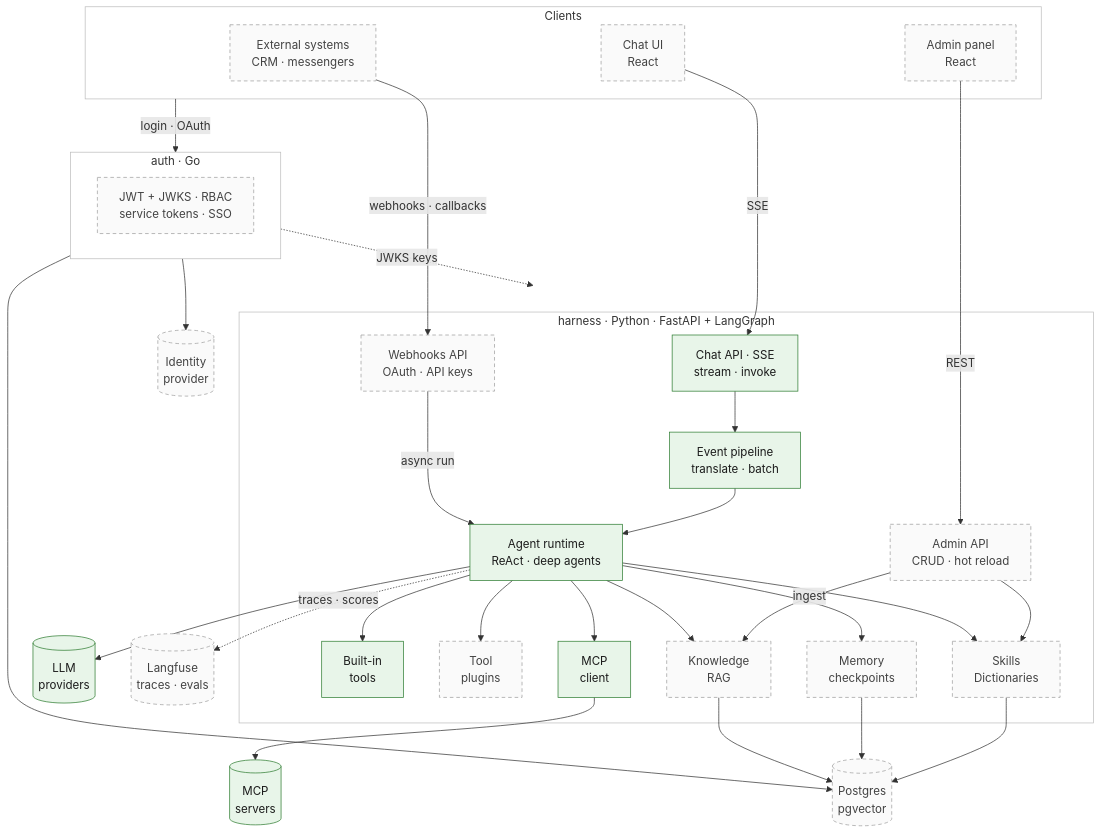
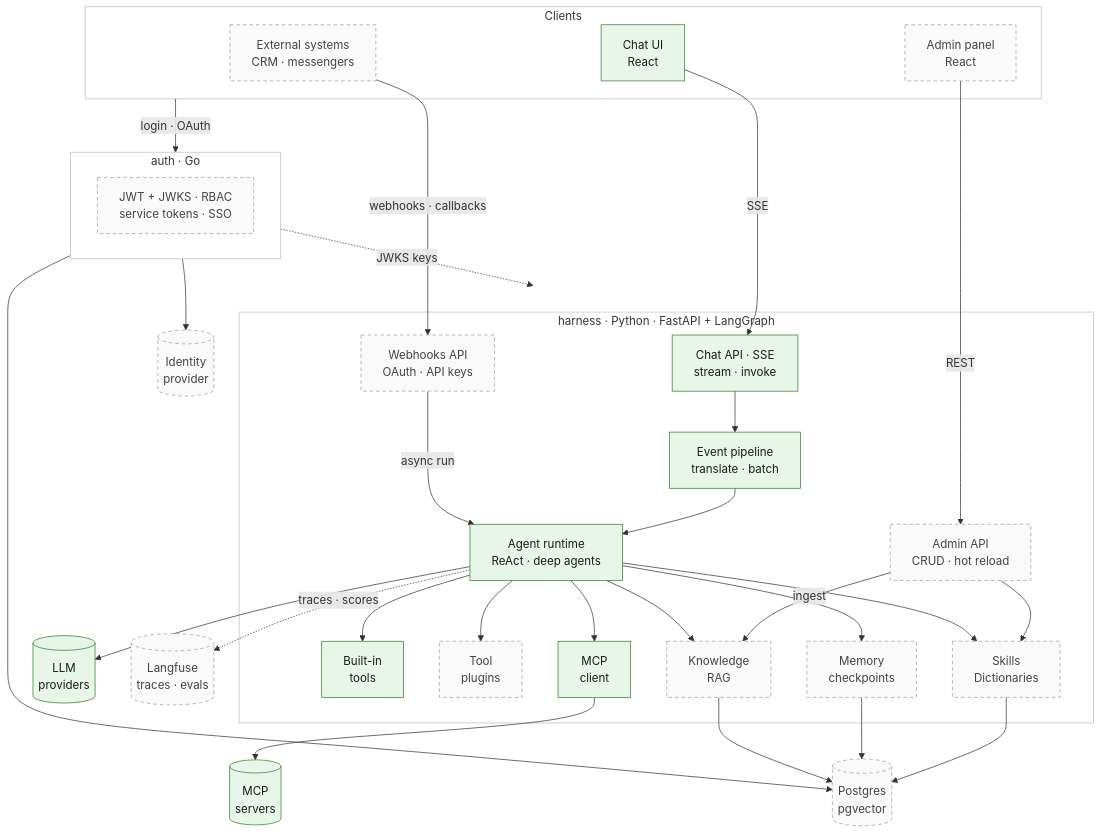
Before and after one commit to ulshv/harness: the diagram in README-ru.md, drawn with Mermaid. The commit also changed other lines of this file and 3 other files, not shown here.

````diff
--- a/README-ru.md
+++ b/README-ru.md
@@ -59,66 +67,66 @@
 ```mermaid
 flowchart TB
     subgraph clients["Clients"]
         chat_ui["Chat UI<br/>React"]
         admin_ui["Admin panel<br/>React"]
         ext_sys["External systems<br/>CRM · messengers"]
     end
 
     subgraph harness["harness · Python · FastAPI + LangGraph"]
         chat_api["Chat API · SSE<br/>stream · invoke"]
         admin_api["Admin API<br/>CRUD · hot reload"]
         hooks["Webhooks API<br/>OAuth · API keys"]
         pipeline["Event pipeline<br/>translate · batch"]
         agent["Agent runtime<br/>ReAct · deep agents"]
         tools["Built-in<br/>tools"]
         plugins["Tool<br/>plugins"]
         mcp_client["MCP<br/>client"]
         skills["Skills<br/>Dictionaries"]
         memory["Memory<br/>checkpoints"]
         rag["Knowledge<br/>RAG"]
     end
 
     subgraph auth_box["auth · Go"]
         auth["JWT + JWKS · RBAC<br/>service tokens · SSO"]
     end
 
     llm[("LLM<br/>providers")]
     mcp[("MCP<br/>servers")]
     pg[("Postgres<br/>pgvector")]
     idp[("Identity<br/>provider")]
     obs[("Langfuse<br/>traces · evals")]
 
     chat_ui -- "SSE" --> chat_api
     admin_ui -- "REST" --> admin_api
     ext_sys -- "webhooks · callbacks" --> hooks
     clients -- "login · OAuth" --> auth_box
     auth_box -. "JWKS keys" .-> harness
 
     chat_api --> pipeline --> agent
     hooks -- "async run" --> agent
     admin_api --> skills
     admin_api -- "ingest" --> rag
     agent --> tools
     agent --> plugins
     agent --> mcp_client
     agent --> skills
     agent --> memory
     agent --> rag
 
     agent --> llm
     mcp_client --> mcp
     skills --> pg
     memory --> pg
     rag --> pg
     auth_box --> pg
     auth_box --> idp
     agent -. "traces · scores" .-> obs
 
     classDef shipped fill:#e8f5e9,stroke:#2e7d32,color:#1b1b1b
     classDef planned fill:#fafafa,stroke:#9e9e9e,stroke-dasharray:5 4,color:#424242
-    class chat_api,pipeline,agent,tools,mcp_client,llm,mcp shipped
-    class chat_ui,admin_ui,ext_sys,admin_api,hooks,plugins,skills,memory,rag,auth,pg,idp,obs planned
+    class chat_ui,chat_api,pipeline,agent,tools,mcp_client,llm,mcp shipped
+    class admin_ui,ext_sys,admin_api,hooks,plugins,skills,memory,rag,auth,pg,idp,obs planned
     style clients fill:#ffffff,stroke:#bdbdbd
     style harness fill:#ffffff,stroke:#bdbdbd
     style auth_box fill:#ffffff,stroke:#bdbdbd
 ```
````
